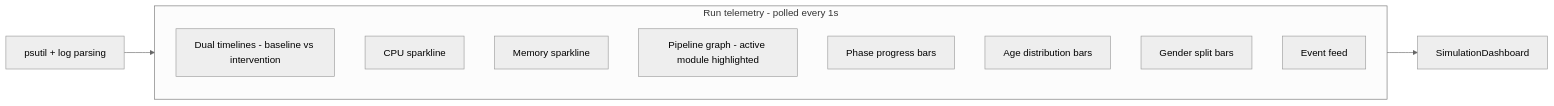
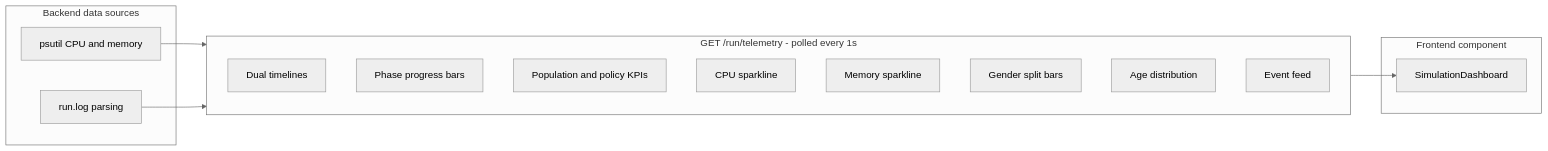
The sixth of 10 diagrams in documentation/technical/plans/HealthGPS_studio-GUI.md (imperialCHEPI/healthgps), drawn with Mermaid (neutral theme) before and after one commit. The commit also changed other lines of this file and 1 other file, not shown here.

````diff
--- a/documentation/technical/plans/HealthGPS_studio-GUI.md
+++ b/documentation/technical/plans/HealthGPS_studio-GUI.md
@@ -248,15 +310,26 @@
 ```mermaid
 flowchart LR
-    subgraph telemetry [Run telemetry - polled every 1s]
-        TL[Dual timelines - baseline vs intervention]
+    subgraph sources [Backend data sources]
+        Psutil[psutil CPU and memory]
+        LogParse[run.log parsing]
+    end
+
+    subgraph telemetry [GET /run/telemetry - polled every 1s]
+        TL[Dual timelines]
+        Phase[Phase progress bars]
+        KPI[Population and policy KPIs]
         CPU[CPU sparkline]
         MEM[Memory sparkline]
-        PG[Pipeline graph - active module highlighted]
-        PHASE[Phase progress bars]
-        AB[Age distribution bars]
-        GB[Gender split bars]
-        EV[Event feed]
+        Gender[Gender split bars]
+        Age[Age distribution]
+        Events[Event feed]
     end
-    PSUTIL[psutil + log parsing] --> telemetry
-    telemetry --> SimDash[SimulationDashboard]
+
+    subgraph ui [Frontend component]
+        SimDash[SimulationDashboard]
+    end
+
+    Psutil --> telemetry
+    LogParse --> telemetry
+    telemetry --> SimDash
 ```
````
